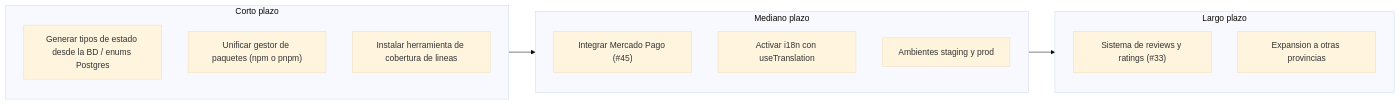
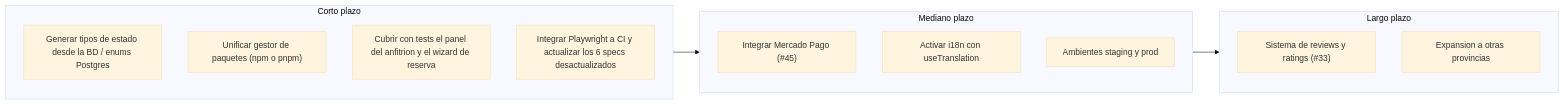
The diagram in documentacion-final/15-Conclusiones.md (juanpablovaldez/hosty), drawn with Mermaid (base theme) before and after one commit. The commit also changed other lines of this file and 21 other files, not shown here.

````diff
--- a/documentacion-final/15-Conclusiones.md
+++ b/documentacion-final/15-Conclusiones.md
@@ -95,18 +96,19 @@
 ```mermaid
 flowchart LR
     subgraph Corto["Corto plazo"]
         A1["Generar tipos de estado desde la BD / enums Postgres"]
         A2["Unificar gestor de paquetes (npm o pnpm)"]
-        A3["Instalar herramienta de cobertura de lineas"]
+        A3["Cubrir con tests el panel del anfitrion y el wizard de reserva"]
+        A4["Integrar Playwright a CI y actualizar los 6 specs desactualizados"]
     end
     subgraph Medio["Mediano plazo"]
         B1["Integrar Mercado Pago (#45)"]
         B2["Activar i18n con useTranslation"]
         B3["Ambientes staging y prod"]
     end
     subgraph Largo["Largo plazo"]
         C1["Sistema de reviews y ratings (#33)"]
         C2["Expansion a otras provincias"]
     end
     Corto --> Medio --> Largo
 ```
````
